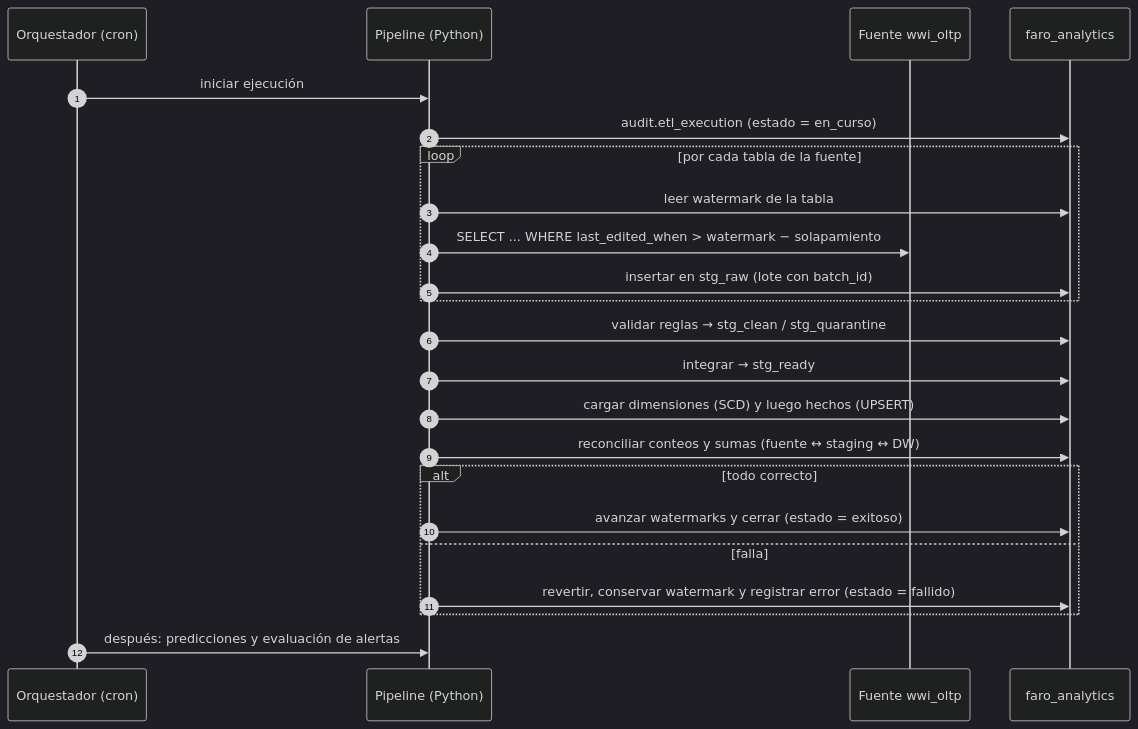
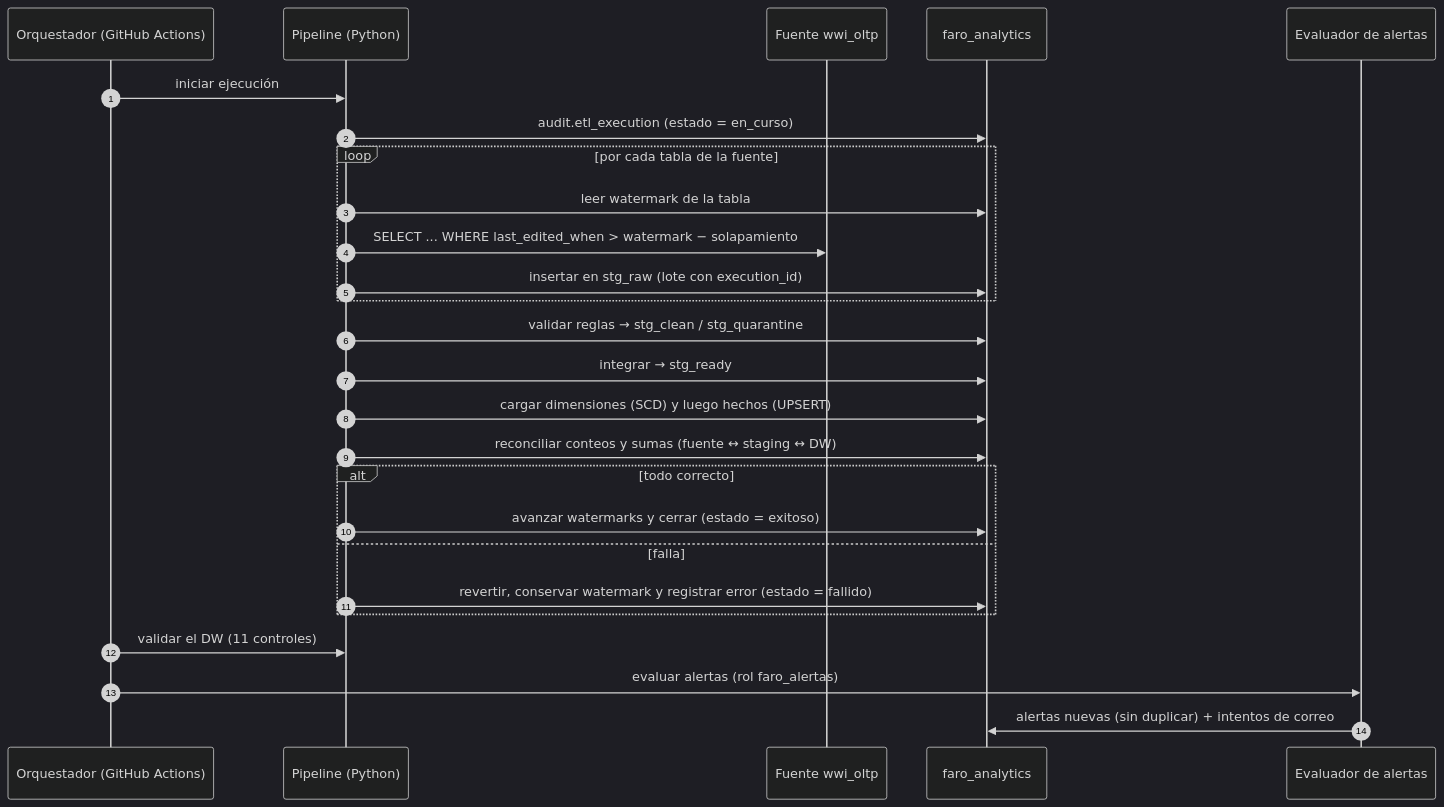
The second of 2 diagrams in documentation/arquitectura/arquitectura.md (jespinal899/Faro), drawn with Mermaid (dark theme) before and after one commit. The commit also changed other lines of this file and 1 other file, not shown here.

Commit message:
docs(arquitectura): arquitectura tal como se construyó, con seguridad, monitoreo y costos

````diff
--- a/documentation/arquitectura/arquitectura.md
+++ b/documentation/arquitectura/arquitectura.md
@@ -100,25 +114,28 @@
 ```mermaid
 sequenceDiagram
     autonumber
-    participant O as Orquestador (cron)
+    participant O as Orquestador (GitHub Actions)
     participant P as Pipeline (Python)
     participant S as Fuente wwi_oltp
     participant A as faro_analytics
+    participant N as Evaluador de alertas
     O->>P: iniciar ejecución
     P->>A: audit.etl_execution (estado = en_curso)
     loop por cada tabla de la fuente
         P->>A: leer watermark de la tabla
         P->>S: SELECT ... WHERE last_edited_when > watermark − solapamiento
-        P->>A: insertar en stg_raw (lote con batch_id)
+        P->>A: insertar en stg_raw (lote con execution_id)
     end
     P->>A: validar reglas → stg_clean / stg_quarantine
     P->>A: integrar → stg_ready
     P->>A: cargar dimensiones (SCD) y luego hechos (UPSERT)
     P->>A: reconciliar conteos y sumas (fuente ↔ staging ↔ DW)
     alt todo correcto
         P->>A: avanzar watermarks y cerrar (estado = exitoso)
     else falla
         P->>A: revertir, conservar watermark y registrar error (estado = fallido)
     end
-    O->>P: después: predicciones y evaluación de alertas
+    O->>P: validar el DW (11 controles)
+    O->>N: evaluar alertas (rol faro_alertas)
+    N->>A: alertas nuevas (sin duplicar) + intentos de correo
 ```
````
